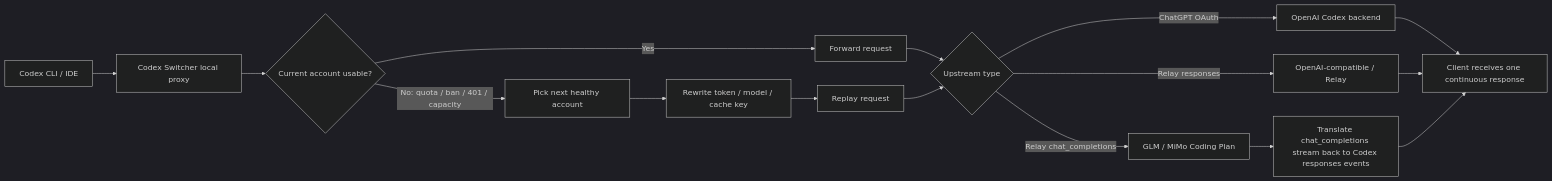
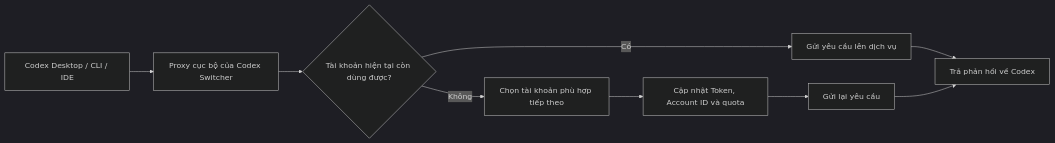
The diagram in README.md (TranDangKhoaAutomation/Source-Codex-Switcher), drawn with Mermaid (dark theme) before and after one commit. The commit also changed other lines of this file, not shown here.

Commit message:
docs: rewrite README in Vietnamese

````diff
--- a/README.md
+++ b/README.md
@@ -190,18 +34,11 @@
 ```mermaid
 flowchart LR
-  A["Codex CLI / IDE"] --> B["Codex Switcher local proxy"]
-  B --> C{"Current account usable?"}
-  C -->|Yes| D["Forward request"]
-  C -->|No: quota / ban / 401 / capacity| E["Pick next healthy account"]
-  E --> F["Rewrite token / model / cache key"]
-  F --> G["Replay request"]
-  D --> H{"Upstream type"}
-  G --> H
-  H -->|ChatGPT OAuth| I["OpenAI Codex backend"]
-  H -->|Relay responses| J["OpenAI-compatible / Relay"]
-  H -->|Relay chat_completions| K["GLM / MiMo Coding Plan"]
-  K --> L["Translate chat_completions stream back to Codex responses events"]
-  I --> M["Client receives one continuous response"]
-  J --> M
-  L --> M
+    A[Codex Desktop / CLI / IDE] --> B[Proxy cục bộ của Codex Switcher]
+    B --> C{Tài khoản hiện tại còn dùng được?}
+    C -->|Có| D[Gửi yêu cầu lên dịch vụ]
+    C -->|Không| E[Chọn tài khoản phù hợp tiếp theo]
+    E --> F[Cập nhật Token, Account ID và quota]
+    F --> G[Gửi lại yêu cầu]
+    D --> H[Trả phản hồi về Codex]
+    G --> H
 ```
````
